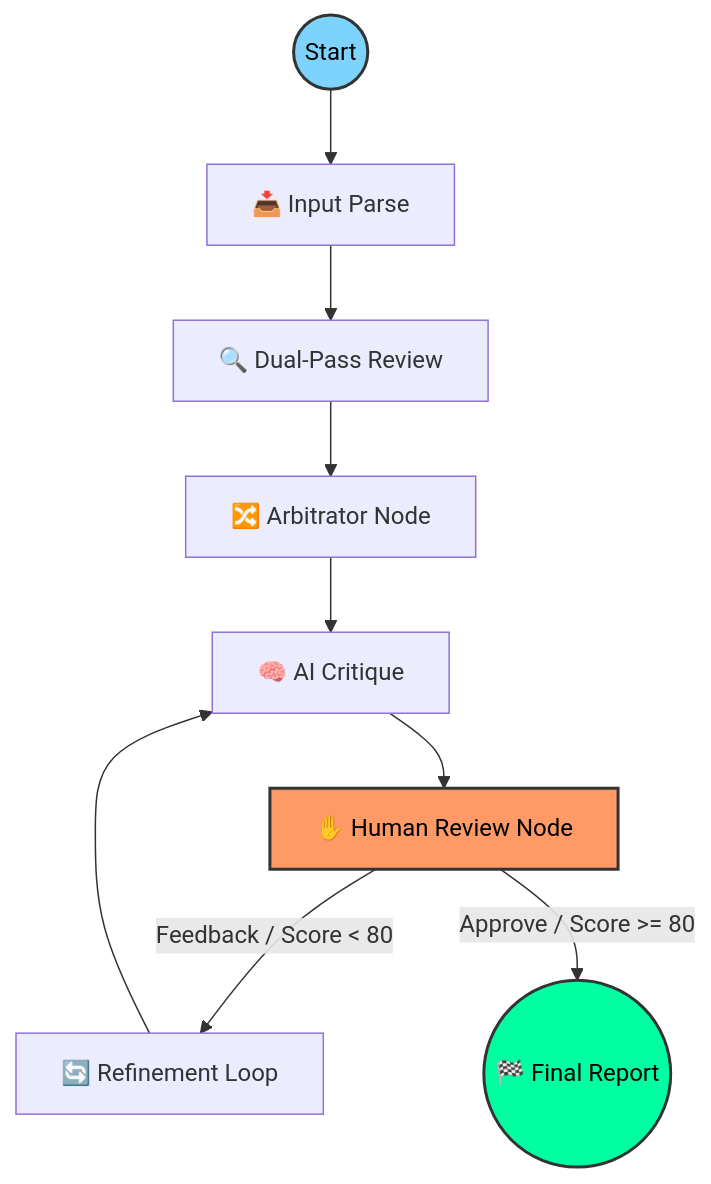
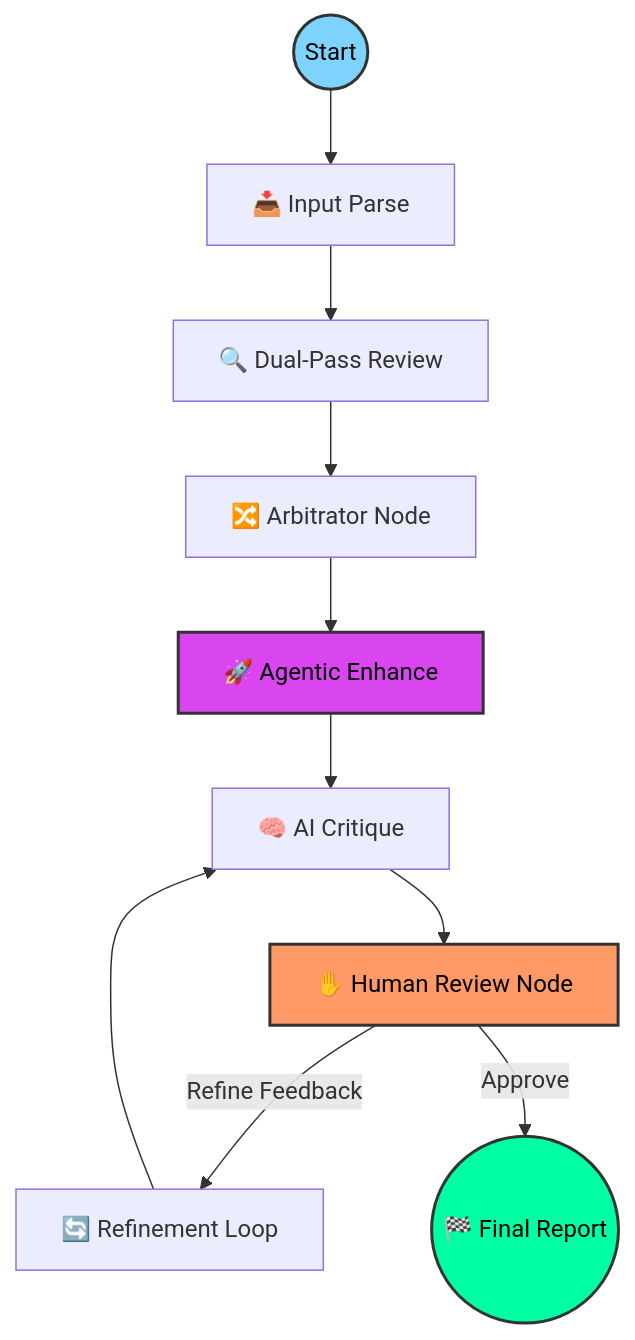
One commit to naveensingh-dev/GitMind changed the diagram in README.md. Above: the diagram before and after it, drawn with Mermaid. The commit also changed other lines of this file and 6 other files, not shown here.

````diff
--- a/README.md
+++ b/README.md
@@ -33,17 +33,19 @@
 ```mermaid
 graph TD
     Start((Start)) --> Input[📥 Input Parse]
     Input --> DP[🔍 Dual-Pass Review]
     DP --> Arb[🔀 Arbitrator Node]
-    Arb --> Critique[🧠 AI Critique]
+    Arb --> Enh[🚀 Agentic Enhance]
+    Enh --> Critique[🧠 AI Critique]
     Critique --> HITL[✋ Human Review Node]
     
-    HITL -- "Feedback / Score < 80" --> Refine[🔄 Refinement Loop]
+    HITL -- "Refine Feedback" --> Refine[🔄 Refinement Loop]
     Refine --> Critique
     
-    HITL -- "Approve / Score >= 80" --> End((🏁 Final Report))
+    HITL -- "Approve" --> End((🏁 Final Report))
     
     style HITL fill:#f96,stroke:#333,stroke-width:2px,color:#000
     style End fill:#00ffa3,stroke:#333,stroke-width:2px,color:#000
     style Start fill:#7dd3fc,stroke:#333,stroke-width:2px,color:#000
+    style Enh fill:#d946ef,stroke:#333,stroke-width:2px,color:#000
 ```
````
